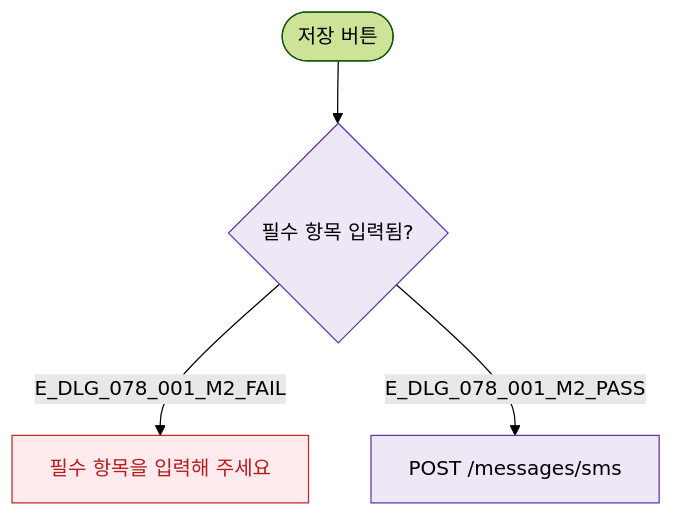
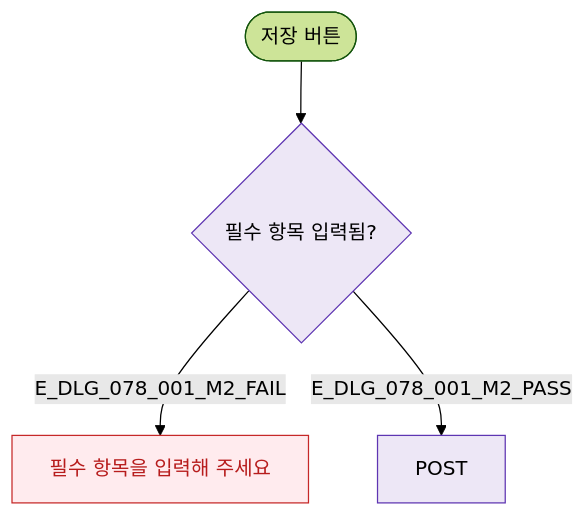
One commit to dev-spogym/admin-pando changed the diagram in docs/다이어그램/D08_마케팅/DLG/DLG-078-001/M2_필드검증.md. Above: the diagram before and after it, drawn with Mermaid (forest theme). The commit also changed other lines of this file and 1660 other files, not shown here.

First line of the commit message:
다이어그램: 기획자/클라이언트 납품본으로 정리

````diff
--- a/docs/다이어그램/D08_마케팅/DLG/DLG-078-001/M2_필드검증.md
+++ b/docs/다이어그램/D08_마케팅/DLG/DLG-078-001/M2_필드검증.md
@@ -14,12 +12,12 @@
 ```mermaid
 flowchart TD
   SUBMIT([저장 버튼]) --> V_REQ{필수 항목 입력됨?}
-  V_REQ -->|E_DLG_078_001_M2_FAIL| ERR[필수 항목을 입력해 주세요]
-  V_REQ -->|E_DLG_078_001_M2_PASS| API[POST /messages/sms]
+  V_REQ -->|E_DLG_078_001_M2_FAIL|ERR[필수 항목을 입력해 주세요]
+  V_REQ -->|E_DLG_078_001_M2_PASS|API[POST]
 
-  classDef error  fill:#FFEBEE,stroke:#C62828,color:#B71C1C
+  classDef error fill:#FFEBEE,stroke:#C62828,color:#B71C1C
   classDef system fill:#EDE7F6,stroke:#5E35B2
 
   class ERR error
   class V_REQ,API system
 ```
````
